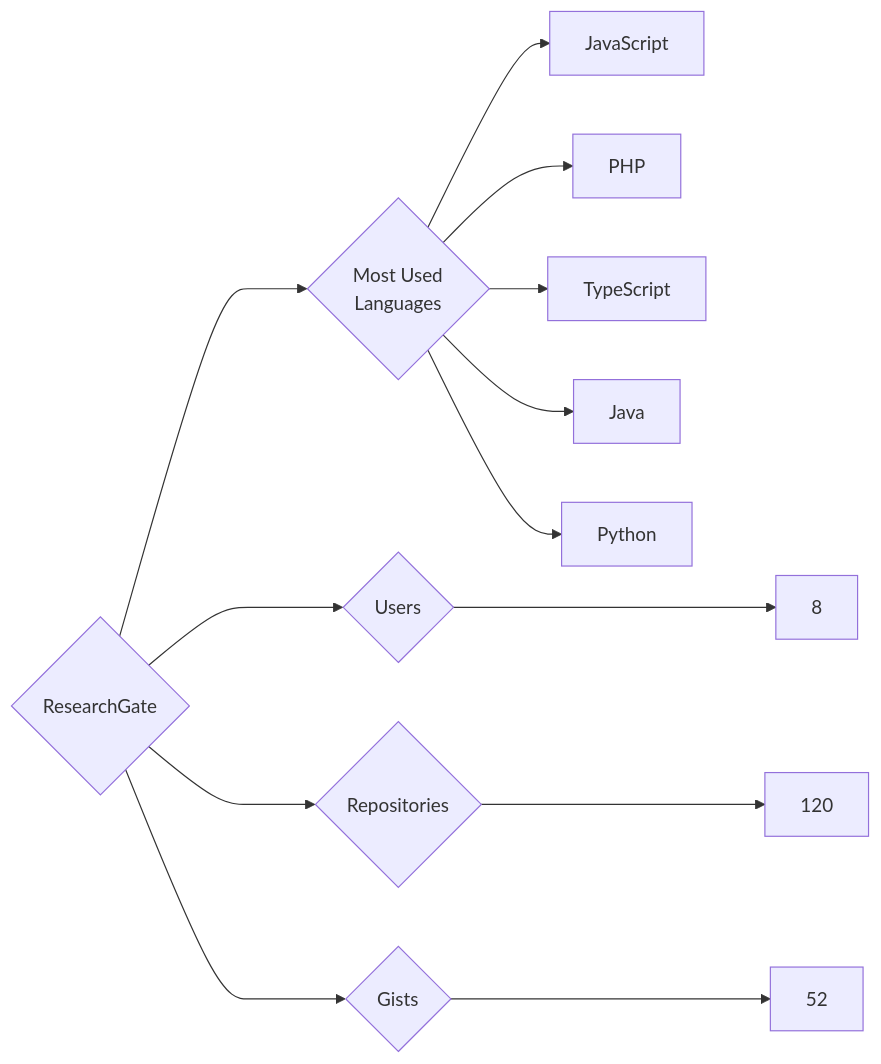
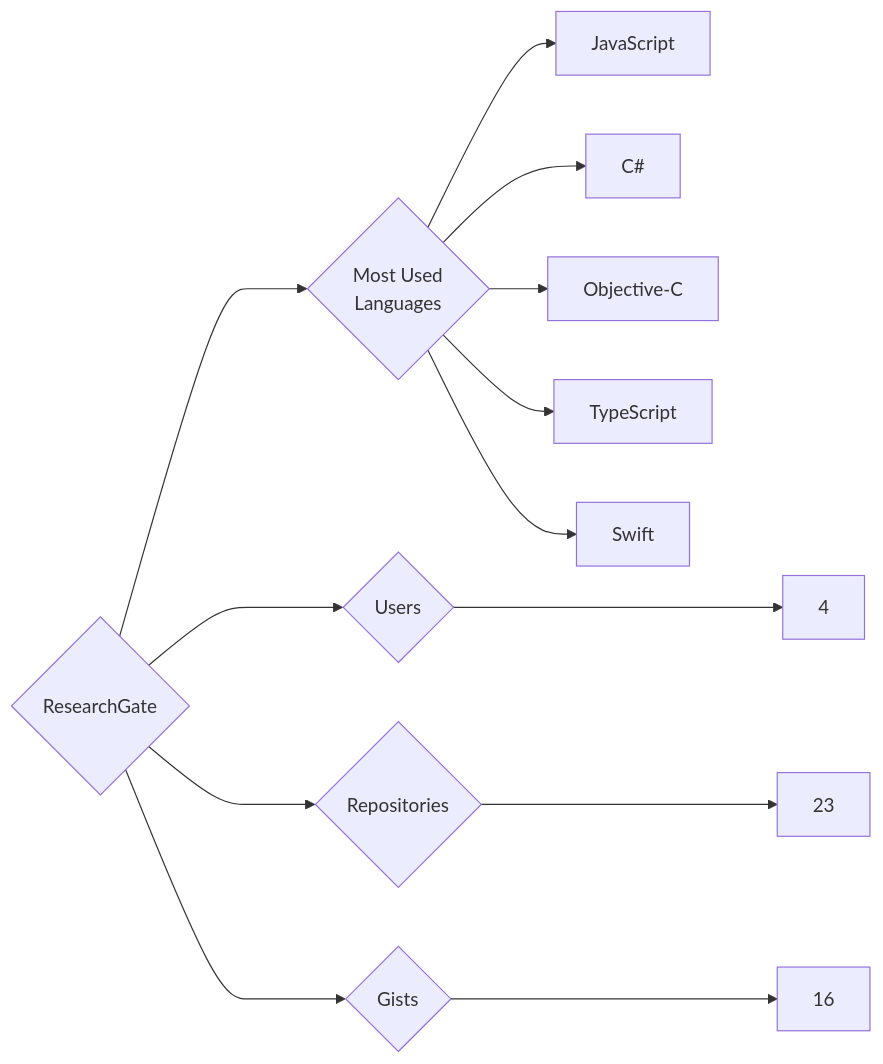
The diagram in targets/ResearchGate/README.md (trickest/insiders), drawn with Mermaid before and after one commit. The commit also changed 597 other files, not shown here.

````diff
--- a/targets/ResearchGate/README.md
+++ b/targets/ResearchGate/README.md
@@ -3,13 +3,13 @@
 ```mermaid
 graph LR
 COMPANY_NAME{ResearchGate}
-COMPANY_NAME ---> U{Users} ---> UN[8]
-COMPANY_NAME ---> R{Repositories} ---> RN[120]
-COMPANY_NAME ---> G{Gists} ---> GN[52]
+COMPANY_NAME ---> U{Users} ---> UN[4]
+COMPANY_NAME ---> R{Repositories} ---> RN[23]
+COMPANY_NAME ---> G{Gists} ---> GN[16]
 COMPANY_NAME ---> ML{Most Used<br>Languages}
 ML --> JavaScript[JavaScript]
-ML --> PHP[PHP]
+ML --> C#[C#]
+ML --> Objective-C[Objective-C]
 ML --> TypeScript[TypeScript]
-ML --> Java[Java]
-ML --> Python[Python]
+ML --> Swift[Swift]
 ```
````
